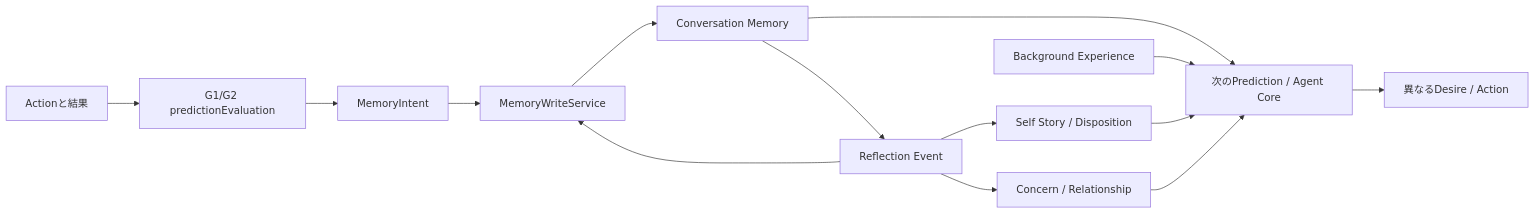
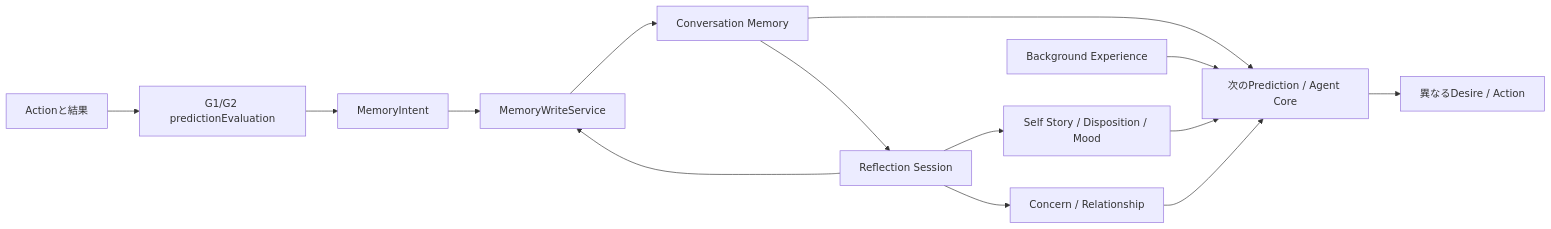
Before and after one commit to if001/social_agent: the eighth of 8 diagrams in docs/AGENT_MOTIVATION_MODEL.md, drawn with Mermaid. The commit also changed other lines of this file, not shown here.

Commit message:
docs: visualize reflection session lifecycle

````diff
--- a/docs/AGENT_MOTIVATION_MODEL.md
+++ b/docs/AGENT_MOTIVATION_MODEL.md
@@ -319,16 +353,16 @@
 ```mermaid
 flowchart LR
     X[Actionと結果] --> PE[G1/G2 predictionEvaluation]
     PE --> MI[MemoryIntent]
     MI --> MW[MemoryWriteService]
     MW --> M[Conversation Memory]
     M --> N[次のPrediction / Agent Core]
     BG[Background Experience] --> N
-    M --> R[Reflection Event]
-    R --> SS[Self Story / Disposition]
+    M --> R[Reflection Session]
+    R --> SS[Self Story / Disposition / Mood]
     R --> CR[Concern / Relationship]
     R --> MW
     SS --> N
     CR --> N
     N --> NX[異なるDesire / Action]
 ```
````
